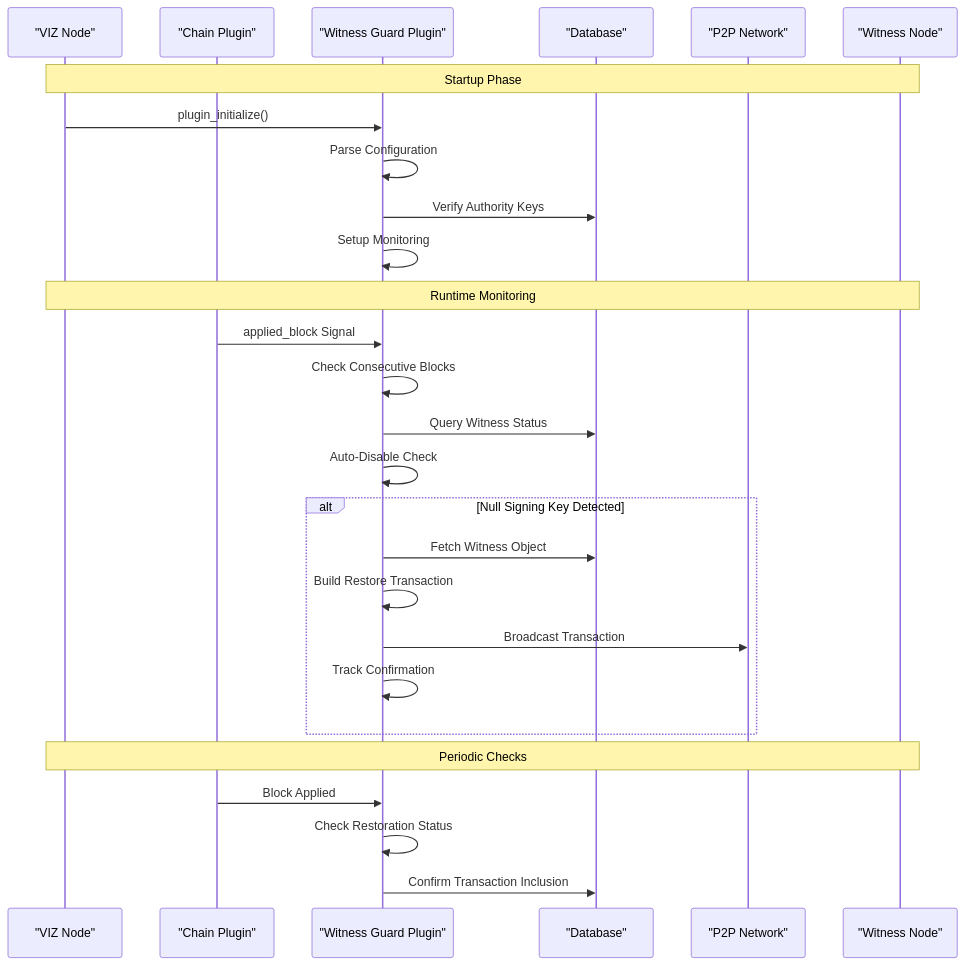
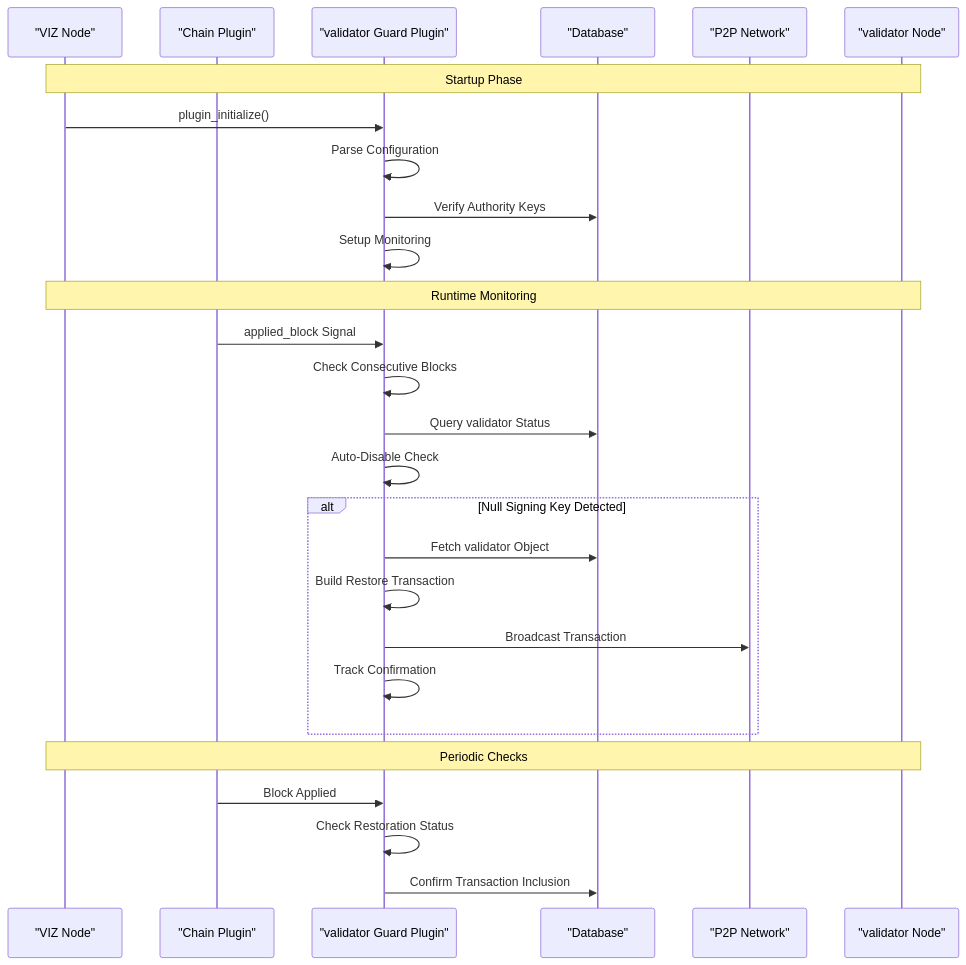
The second of 4 diagrams in .qoder/repowiki/en/content/Plugin System/Witness Guard Plugin.md (VIZ-Blockchain/viz-cpp-node), drawn with Mermaid before and after one commit. The commit also changed other lines of this file and 88 other files, not shown here.

First line of the commit message:
docs(validator): rename witness to validator throughout documentation

````diff
--- a/.qoder/repowiki/en/content/Plugin System/Witness Guard Plugin.md
+++ b/.qoder/repowiki/en/content/Plugin System/Witness Guard Plugin.md
@@ -96,29 +96,29 @@
 ```mermaid
 sequenceDiagram
 participant Node as "VIZ Node"
 participant Chain as "Chain Plugin"
-participant Guard as "Witness Guard Plugin"
+participant Guard as "validator Guard Plugin"
 participant DB as "Database"
 participant P2P as "P2P Network"
-participant Witness as "Witness Node"
-Note over Node,Witness : Startup Phase
+participant validator as "validator Node"
+Note over Node,validator : Startup Phase
 Node->>Guard : plugin_initialize()
 Guard->>Guard : Parse Configuration
 Guard->>DB : Verify Authority Keys
 Guard->>Guard : Setup Monitoring
-Note over Node,Witness : Runtime Monitoring
+Note over Node,validator : Runtime Monitoring
 Chain->>Guard : applied_block Signal
 Guard->>Guard : Check Consecutive Blocks
-Guard->>DB : Query Witness Status
+Guard->>DB : Query validator Status
 Guard->>Guard : Auto-Disable Check
 alt Null Signing Key Detected
-Guard->>DB : Fetch Witness Object
+Guard->>DB : Fetch validator Object
 Guard->>Guard : Build Restore Transaction
 Guard->>P2P : Broadcast Transaction
 Guard->>Guard : Track Confirmation
 end
-Note over Node,Witness : Periodic Checks
+Note over Node,validator : Periodic Checks
 Chain->>Guard : Block Applied
 Guard->>Guard : Check Restoration Status
 Guard->>DB : Confirm Transaction Inclusion
 ```
````
